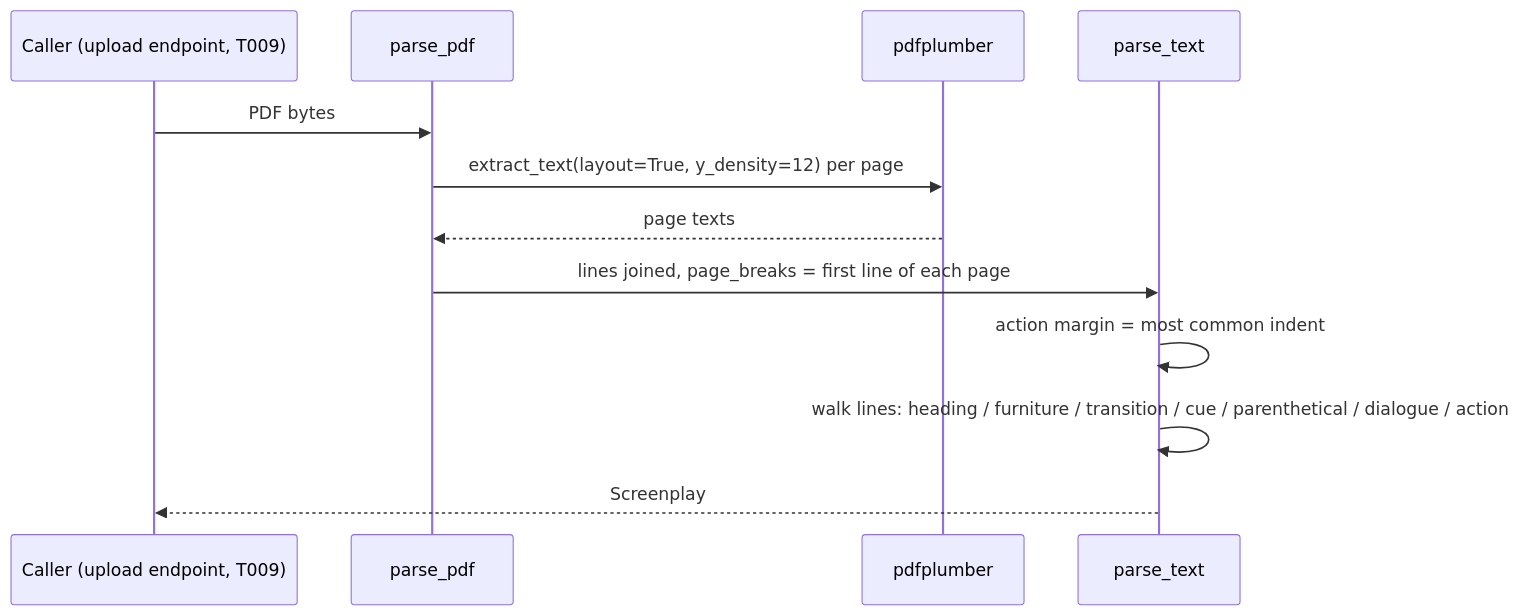
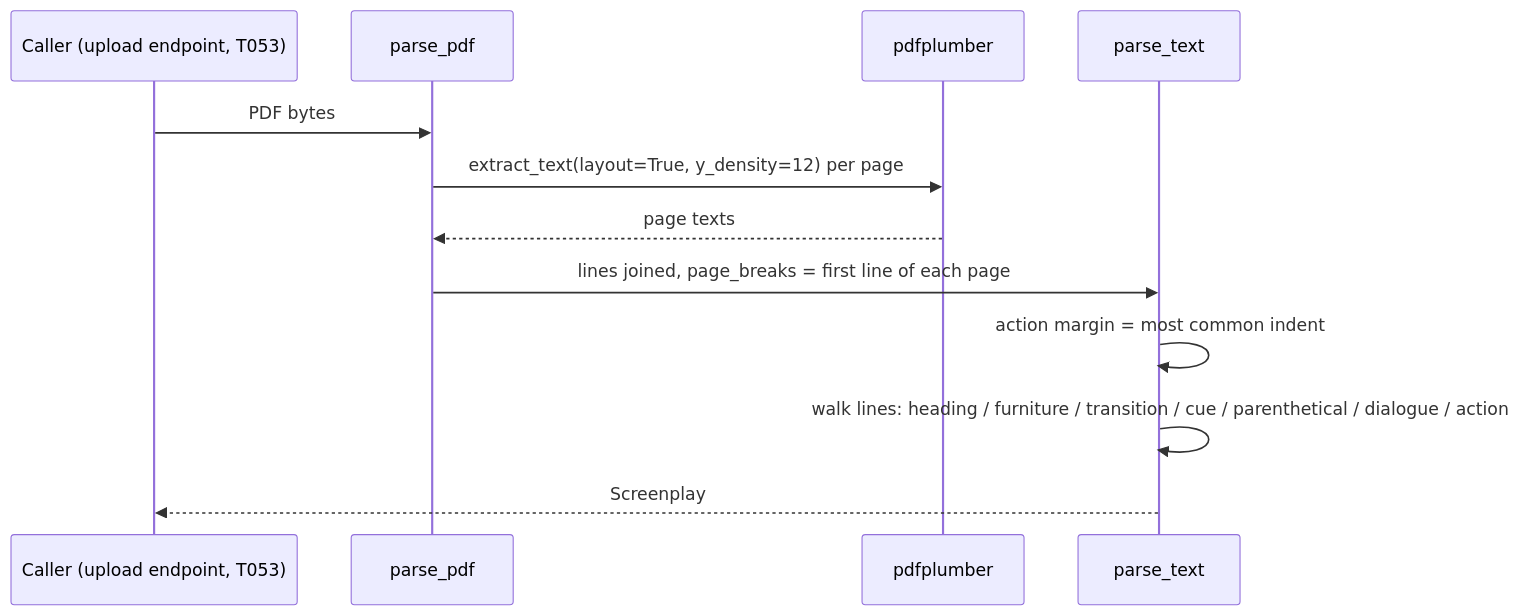
One commit to Katlego-tech/Panelwise changed the second of 2 diagrams in docs/design/script.md. Above: the diagram before and after it, drawn with Mermaid. The commit also changed 6 other files, not shown here.

````diff
--- a/docs/design/script.md
+++ b/docs/design/script.md
@@ -105,14 +105,14 @@
 ```mermaid
 sequenceDiagram
-    participant U as Caller (upload endpoint, T009)
+    participant U as Caller (upload endpoint, T053)
     participant P as parse_pdf
     participant L as pdfplumber
     participant T as parse_text
     U->>P: PDF bytes
     P->>L: extract_text(layout=True, y_density=12) per page
     L-->>P: page texts
     P->>T: lines joined, page_breaks = first line of each page
     T->>T: action margin = most common indent
     T->>T: walk lines: heading / furniture / transition / cue / parenthetical / dialogue / action
     T-->>U: Screenplay
 ```
````
